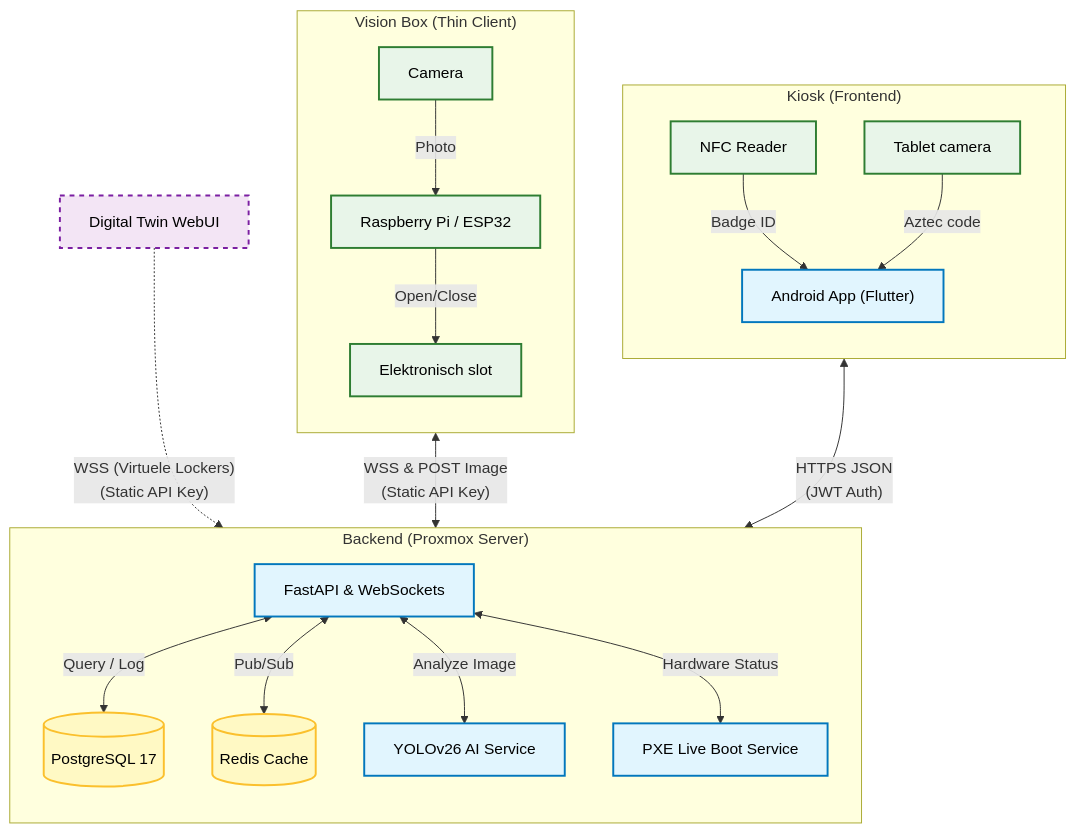
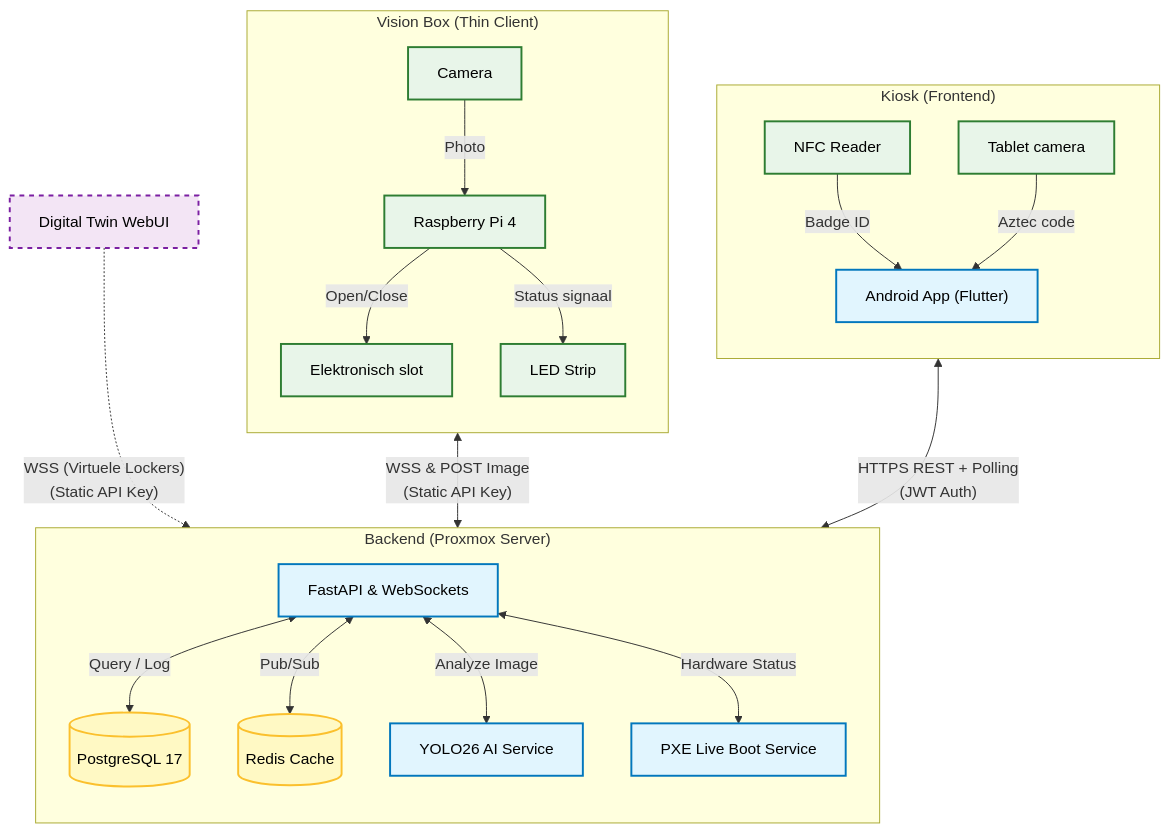
Before and after one commit to easylend-practice-enterprise/easylend: the diagram in docs/architecture_logical.mmd, drawn with Mermaid. The commit also changed 12 other files, not shown here.

First line of the commit message:
Chore/architecture planning (#32)

```diff
--- a/docs/architecture_logical.mmd
+++ b/docs/architecture_logical.mmd
@@ -1,57 +1,59 @@
 flowchart TD
     %% STIJLEN (Corporate & Clean)
     classDef soft fill:#E1F5FE,stroke:#0277BD,stroke-width:2px,color:#000;
     classDef hard fill:#E8F5E9,stroke:#2E7D32,stroke-width:2px,color:#000;
     classDef data fill:#FFF9C4,stroke:#FBC02d,stroke-width:2px,color:#000;
     classDef sim  fill:#F3E5F5,stroke:#7B1FA2,stroke-width:2px,stroke-dasharray: 5 5,color:#000;
 
-    %% --- DOMEIN 1: KIOSK (LINKS) ---
+    %% DOMEIN 1: KIOSK (LINKS)
     subgraph Kiosk ["Kiosk (Frontend)"]
         direction TB
         NFC[NFC Reader]:::hard
         CamTab["Tablet camera"]:::hard
         App["Android App (Flutter)"]:::soft
         
         NFC -->|Badge ID| App
         CamTab -->|Aztec code| App
     end
 
-    %% --- DOMEIN 2: BACKEND (MIDDEN) ---
+    %% DOMEIN 2: BACKEND (MIDDEN)
     subgraph Backend ["Backend (Proxmox Server)"]
         direction TB
         API["FastAPI & WebSockets"]:::soft
-        AIService["YOLOv26 AI Service"]:::soft
+        AIService["YOLO26 AI Service"]:::soft
         PXE["PXE Live Boot Service"]:::soft
         DB[(PostgreSQL 17)]:::data
         Redis[(Redis Cache)]:::data
         
         API <-->|"Query / Log"| DB
         API <-->|"Pub/Sub"| Redis
         API <-->|"Analyze Image"| AIService
         API <-->|"Hardware Status"| PXE
     end
 
-    %% --- DOMEIN 3: VISION BOX (RECHTS) ---
+    %% DOMEIN 3: VISION BOX (RECHTS)
     subgraph Box ["Vision Box (Thin Client)"]
         direction TB
-        RPi["Raspberry Pi / ESP32"]:::hard
+        RPi["Raspberry Pi 4"]:::hard
         CamBox[Camera]:::hard
         Lock["Elektronisch slot"]:::hard
+        LED["LED Strip"]:::hard
         
         CamBox -->|Photo| RPi
         RPi -->|"Open/Close"| Lock
+        RPi -->|"Status signaal"| LED
     end
 
-    %% --- SIMULATIE (ONDER) ---
+    %% SIMULATIE (ONDER)
     Sim["Digital Twin WebUI"]:::sim
 
-    %% --- HOOFD VERBINDINGEN ---
+    %% HOOFD VERBINDINGEN
     
     %% Kiosk praat met API
-    App <-->|"HTTPS JSON<br/>(JWT Auth)"| API
+    App <-->|"HTTPS REST + Polling<br/>(JWT Auth)"| API
 
     %% API praat met Box
     RPi <-->|"WSS & POST Image<br/>(Static API Key)"| API
 
     %% Simulatie test de API
     Sim -.->|"WSS (Virtuele Lockers)<br/>(Static API Key)"| API
```
